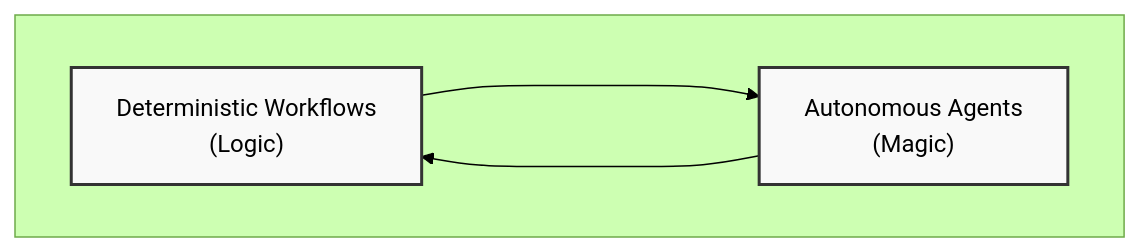
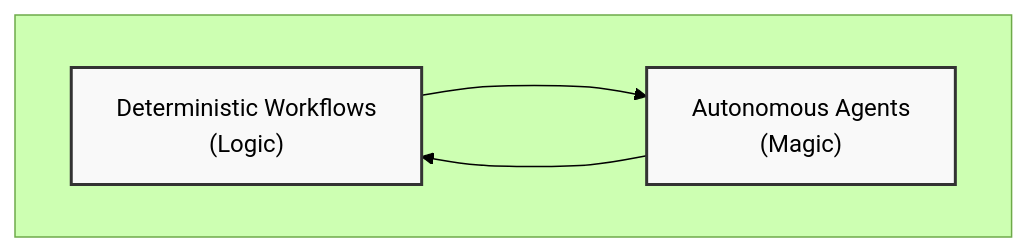
Before and after one commit to bitsky-tech/bridgic: the diagram in README.md, drawn with Mermaid (forest theme). The commit also changed other lines of this file and 1 other file, not shown here.

````diff
--- a/README.md
+++ b/README.md
@@ -18,13 +18,13 @@
 ```mermaid
 graph
     subgraph " "
         A["Deterministic Workflows<br/>(Logic)"]
         B["Autonomous Agents<br/>(Magic)"]
     end
     
-    A ----> B
-    B ----> A
+    A ---> B
+    B ---> A
     
     style A fill:#f9f9f9,stroke:#333,stroke-width:2px
     style B fill:#f9f9f9,stroke:#333,stroke-width:2px
 ```
````
